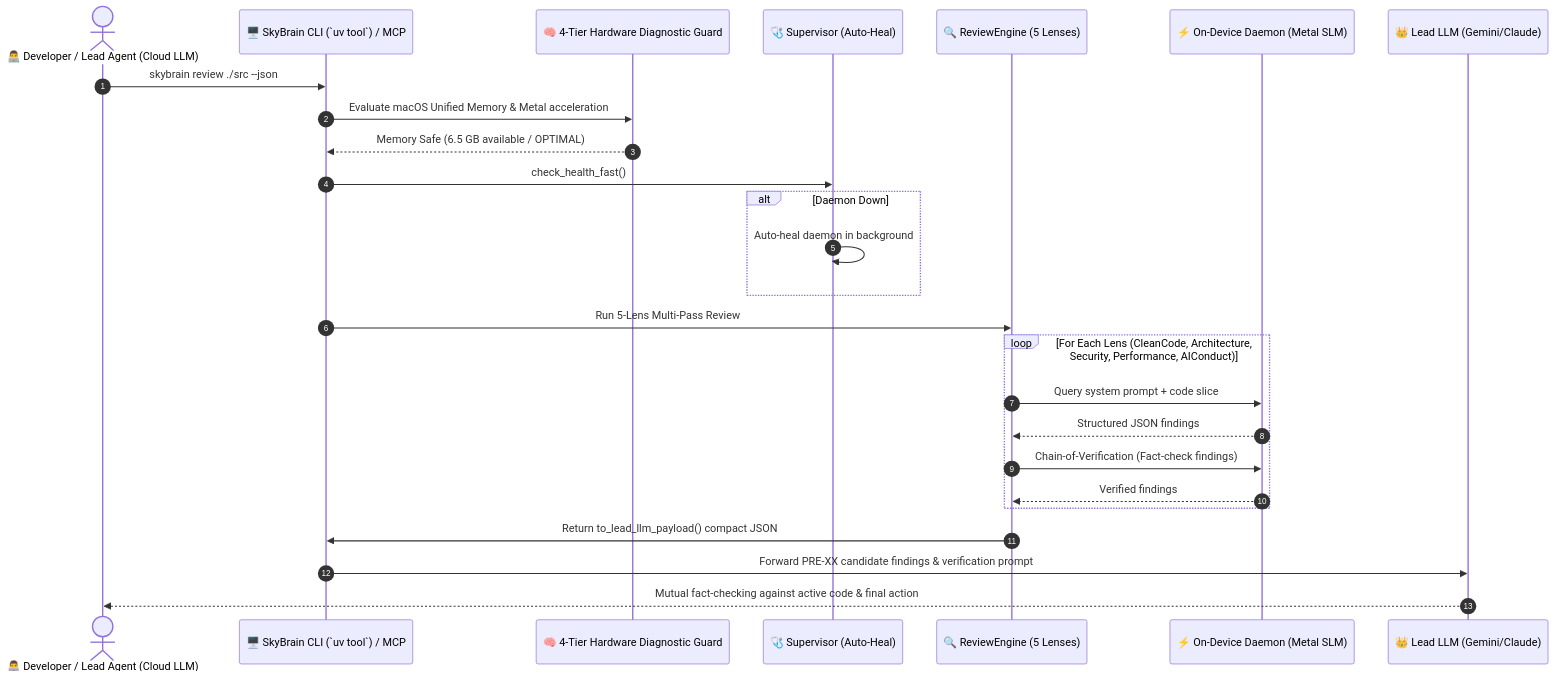
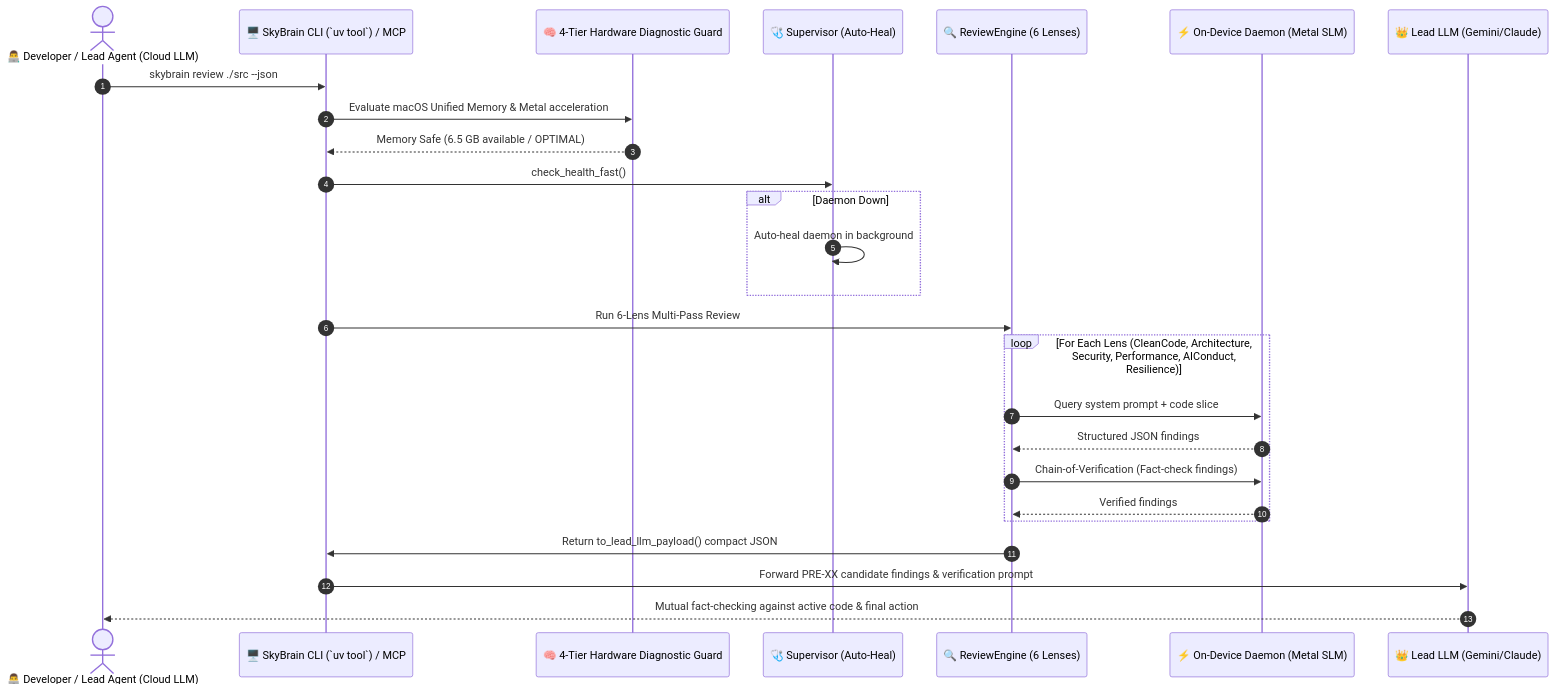
The diagram in README.md (cobuild-ai/skybrain), drawn with Mermaid before and after one commit. The commit also changed other lines of this file and 10 other files, not shown here.

Commit message:
feat(skybrain): release v0.3.0 with ResilienceLens, 6-lens review system, and contact unification (sanitized from 05306371)

````diff
--- a/README.md
+++ b/README.md
@@ -107,29 +109,29 @@
 ```mermaid
 sequenceDiagram
     autonumber
     actor Dev as 👨‍💻 Developer / Lead Agent (Cloud LLM)
     participant CLI as 🖥️ SkyBrain CLI (`uv tool`) / MCP
     participant Guard as 🧠 4-Tier Hardware Diagnostic Guard
     participant Super as 🩺 Supervisor (Auto-Heal)
-    participant Engine as 🔍 ReviewEngine (5 Lenses)
+    participant Engine as 🔍 ReviewEngine (6 Lenses)
     participant Daemon as ⚡ On-Device Daemon (Metal SLM)
     participant Lead as 👑 Lead LLM (Gemini/Claude)
 
     Dev->>CLI: skybrain review ./src --json
     CLI->>Guard: Evaluate macOS Unified Memory & Metal acceleration
     Guard-->>CLI: Memory Safe (6.5 GB available / OPTIMAL)
     CLI->>Super: check_health_fast()
     alt Daemon Down
         Super->>Super: Auto-heal daemon in background
     end
-    CLI->>Engine: Run 5-Lens Multi-Pass Review
-    loop For Each Lens (CleanCode, Architecture, Security, Performance, AIConduct)
+    CLI->>Engine: Run 6-Lens Multi-Pass Review
+    loop For Each Lens (CleanCode, Architecture, Security, Performance, AIConduct, Resilience)
         Engine->>Daemon: Query system prompt + code slice
         Daemon-->>Engine: Structured JSON findings
         Engine->>Daemon: Chain-of-Verification (Fact-check findings)
         Daemon-->>Engine: Verified findings
     end
     Engine->>CLI: Return to_lead_llm_payload() compact JSON
     CLI->>Lead: Forward PRE-XX candidate findings & verification prompt
     Lead-->>Dev: Mutual fact-checking against active code & final action
 ```
````
